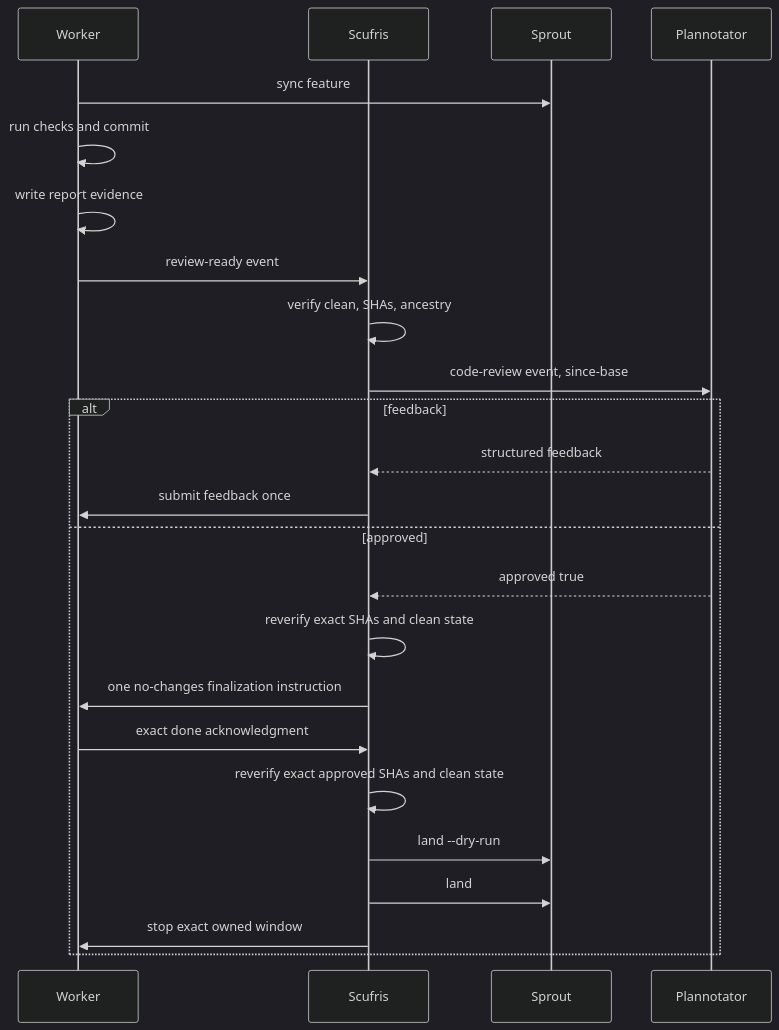
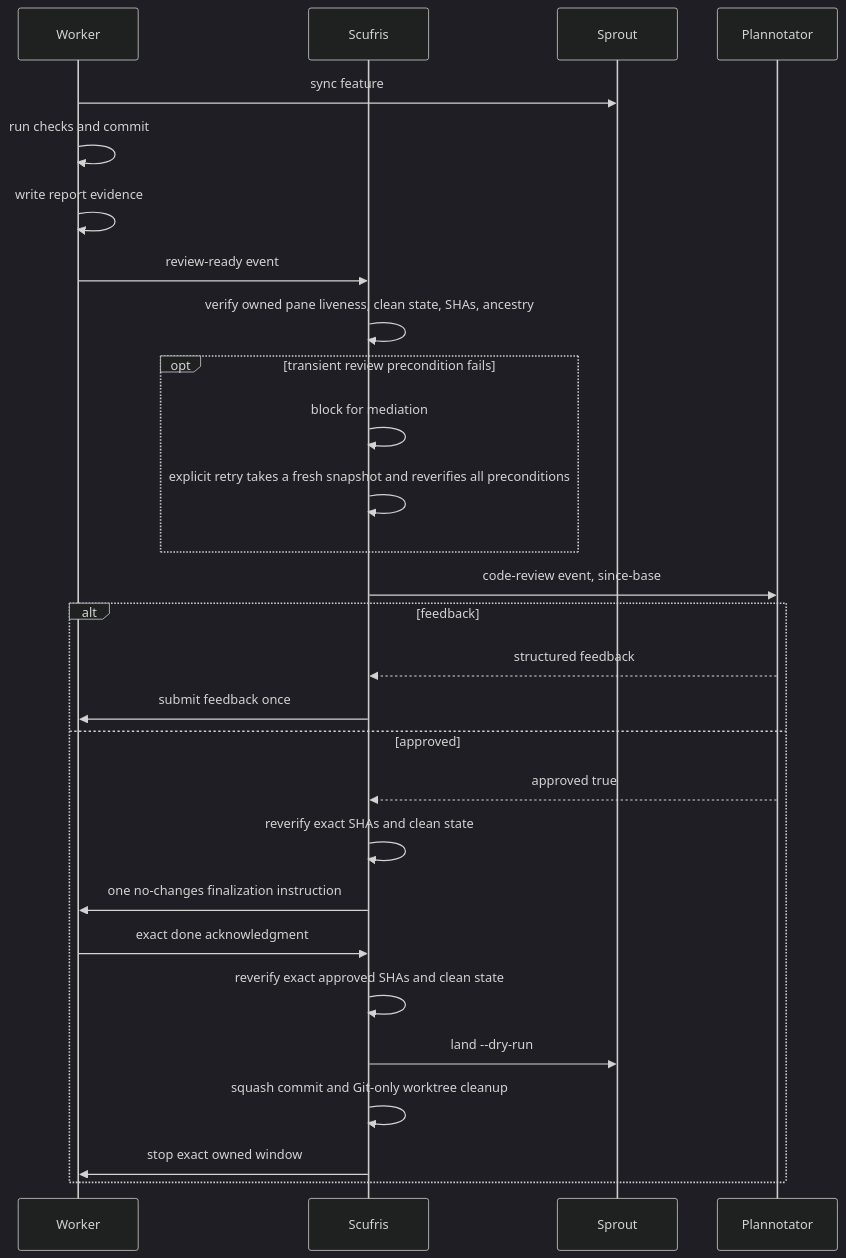
Before and after one commit to alexjercan/scufris2: the fourth of 5 diagrams in tasks/20260818-222337/ARCHITECTURE.md, drawn with Mermaid (dark theme). The commit also changed other lines of this file and 7 other files, not shown here.

Commit message:
Allow shared-session review and retry

````diff
--- a/tasks/20260818-222337/ARCHITECTURE.md
+++ b/tasks/20260818-222337/ARCHITECTURE.md
@@ -341,27 +342,31 @@
 ```mermaid
 sequenceDiagram
   participant Worker
   participant Scufris
   participant Sprout
   participant Plannotator
 
   Worker->>Sprout: sync feature
   Worker->>Worker: run checks and commit
   Worker->>Worker: write report evidence
   Worker->>Scufris: review-ready event
-  Scufris->>Scufris: verify clean, SHAs, ancestry
+  Scufris->>Scufris: verify owned pane liveness, clean state, SHAs, ancestry
+  opt transient review precondition fails
+    Scufris->>Scufris: block for mediation
+    Scufris->>Scufris: explicit retry takes a fresh snapshot and reverifies all preconditions
+  end
   Scufris->>Plannotator: code-review event, since-base
   alt feedback
     Plannotator-->>Scufris: structured feedback
     Scufris->>Worker: submit feedback once
   else approved
     Plannotator-->>Scufris: approved true
     Scufris->>Scufris: reverify exact SHAs and clean state
     Scufris->>Worker: one no-changes finalization instruction
     Worker->>Scufris: exact done acknowledgment
     Scufris->>Scufris: reverify exact approved SHAs and clean state
     Scufris->>Sprout: land --dry-run
-    Scufris->>Sprout: land
+    Scufris->>Scufris: squash commit and Git-only worktree cleanup
     Scufris->>Worker: stop exact owned window
   end
 ```
````
